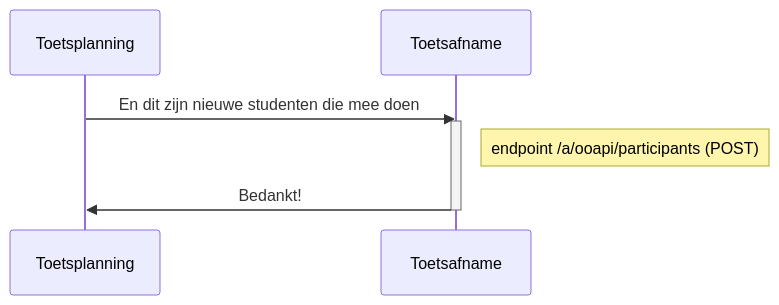
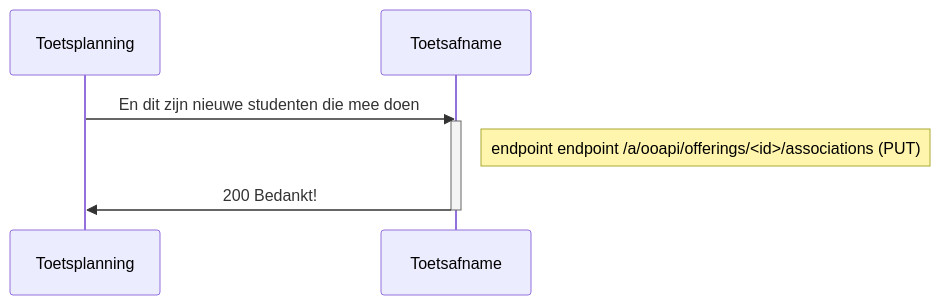
Before and after one commit to NetwerkExamineringDigitalisering/NED-OOAPI: the third of 5 diagrams in doc/diagrams/flow2.md, drawn with Mermaid. The commit also changed other lines of this file, not shown here.

````diff
--- a/doc/diagrams/flow2.md
+++ b/doc/diagrams/flow2.md
@@ -34,8 +46,8 @@
 ```mermaid
 sequenceDiagram
     Toetsplanning->>Toetsafname: En dit zijn nieuwe studenten die mee doen
     activate Toetsafname
-    Note right of Toetsafname: endpoint /a/ooapi/participants (POST)
-    Toetsafname->>Toetsplanning: Bedankt!
+    Note right of Toetsafname: endpoint endpoint /a/ooapi/offerings/<id>/associations (PUT)
+    Toetsafname->>Toetsplanning: 200 Bedankt!
     deactivate Toetsafname
 ```
````
